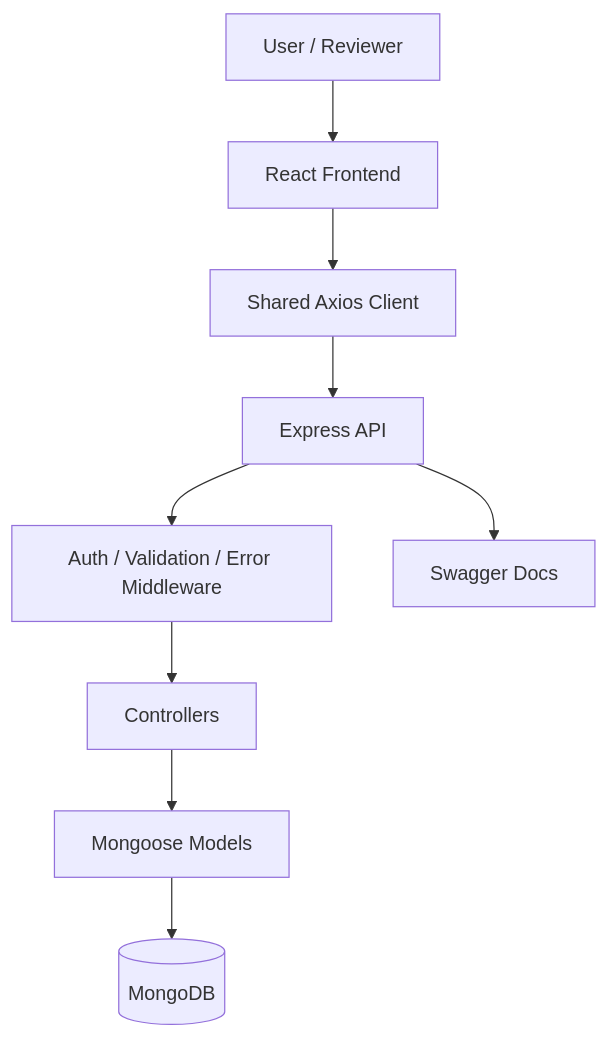
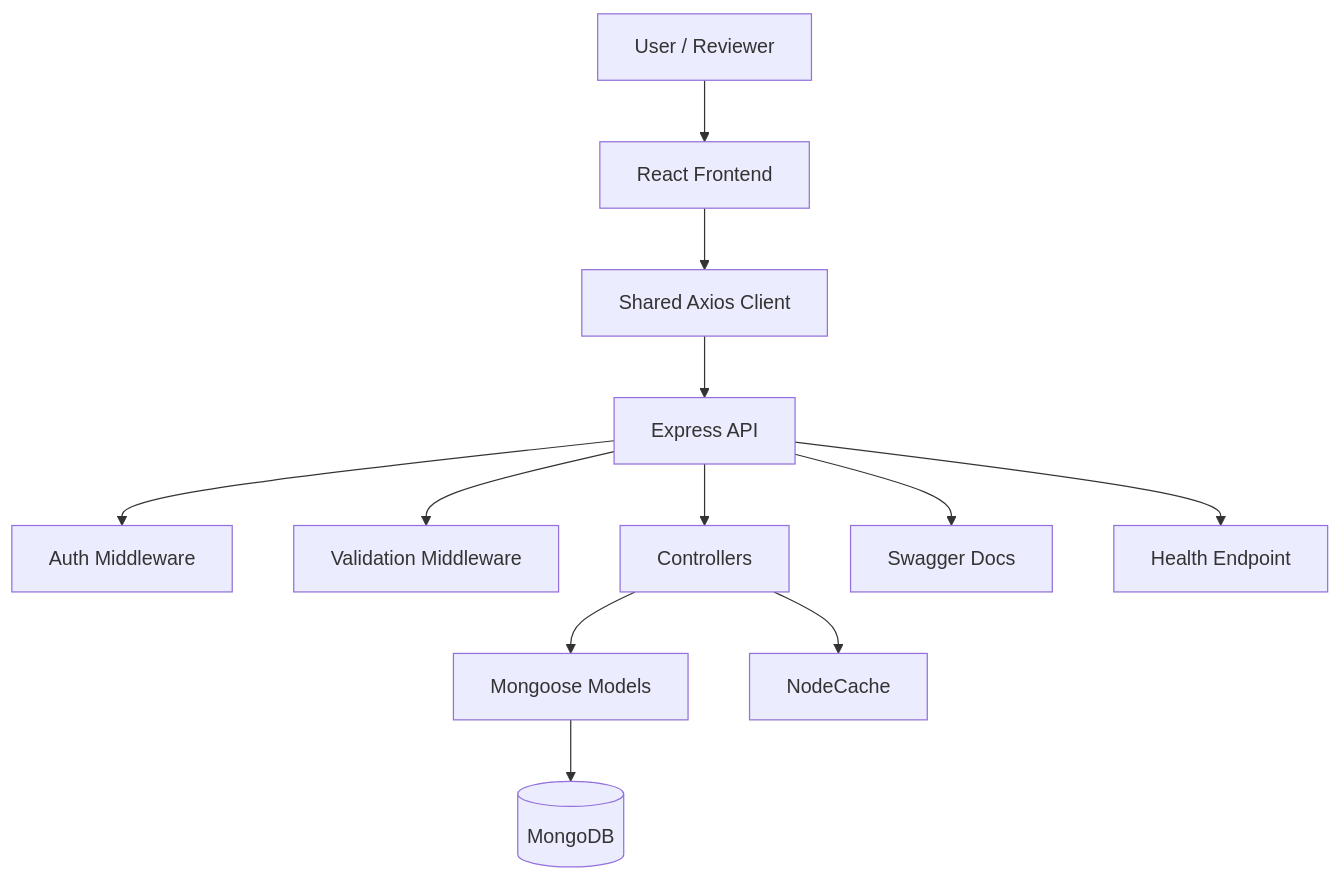
One commit to adarshkshitij/Assignment changed the first of 5 diagrams in ARCHITECTURE.md. Above: the diagram before and after it, drawn with Mermaid. The commit also changed other lines of this file and 7 other files, not shown here.

````diff
--- a/ARCHITECTURE.md
+++ b/ARCHITECTURE.md
@@ -18,11 +18,14 @@
 ```mermaid
 flowchart TD
     User[User / Reviewer] --> Frontend[React Frontend]
     Frontend --> ApiClient[Shared Axios Client]
     ApiClient --> Backend[Express API]
-    Backend --> Middleware[Auth / Validation / Error Middleware]
-    Middleware --> Controllers[Controllers]
+    Backend --> Auth[Auth Middleware]
+    Backend --> Validation[Validation Middleware]
+    Backend --> Controllers[Controllers]
     Controllers --> Models[Mongoose Models]
+    Controllers --> Cache[NodeCache]
     Models --> Database[(MongoDB)]
     Backend --> Swagger[Swagger Docs]
+    Backend --> Health[Health Endpoint]
 ```
````
